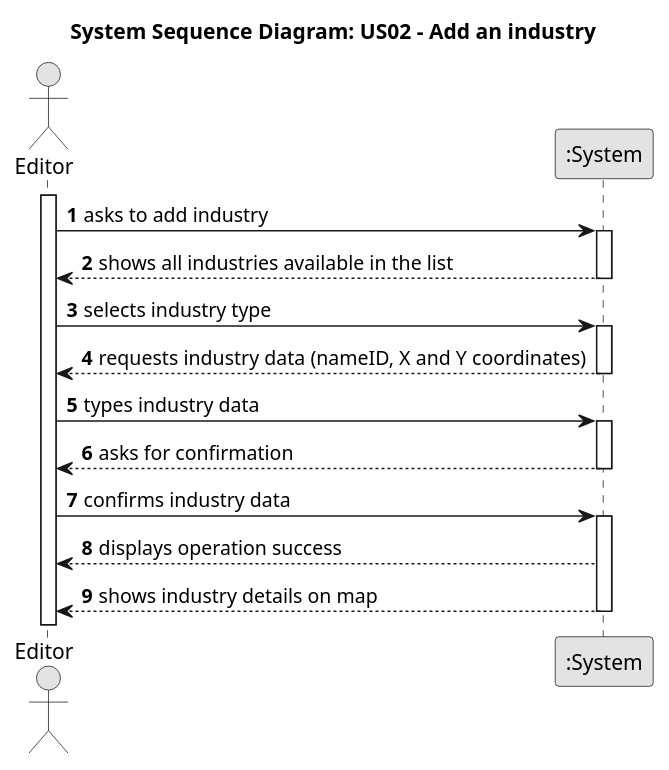
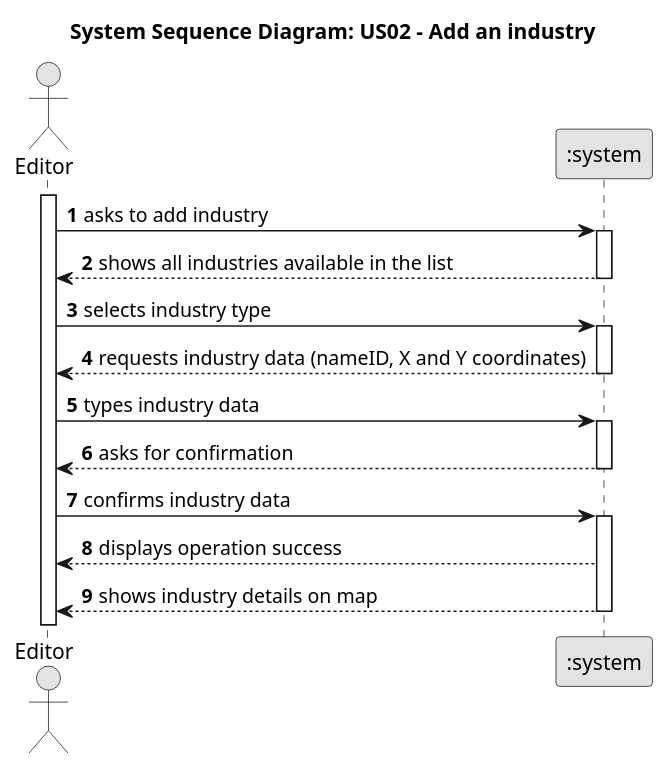
Before and after one commit to HenriqueSilva18/Railway-Network-Simulator: the diagram in docs/system-documentation/Sprint 2/US02/01.requirements-engineering/puml/US002-SSD.puml, drawn with PlantUML. The commit also changed 14 other files, not shown here.

```diff
--- a/docs/system-documentation/Sprint 2/US02/01.requirements-engineering/puml/US002-SSD.puml
+++ b/docs/system-documentation/Sprint 2/US02/01.requirements-engineering/puml/US002-SSD.puml
@@ -1,37 +1,39 @@
 @startuml
 skinparam monochrome true
 skinparam packageStyle rectangle
 skinparam shadowing false
 
 autonumber
 
 title System Sequence Diagram: US02 - Add an industry
 
 actor "Editor" as editor
-participant ":System" as system
+participant ":system" as system
 
 activate editor
 
     editor -> system : asks to add industry
         activate system
         system --> editor: shows all industries available in the list
+
+
         deactivate system
 
     editor -> system: selects industry type
         activate system
         system --> editor: requests industry data (nameID, X and Y coordinates)
         deactivate system
 
     editor -> system: types industry data
         activate system
         system --> editor: asks for confirmation
         deactivate system
 
     editor -> system: confirms industry data
         activate system
         system --> editor: displays operation success
         system --> editor: shows industry details on map
         deactivate system
 
 
 @enduml
```
